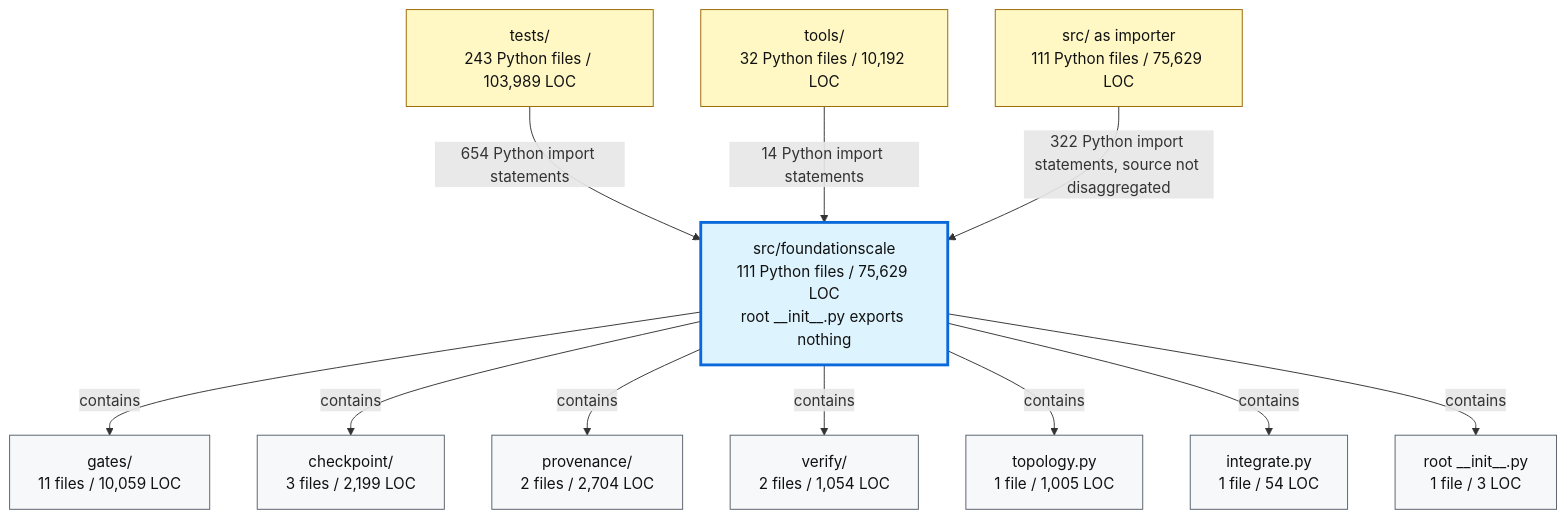
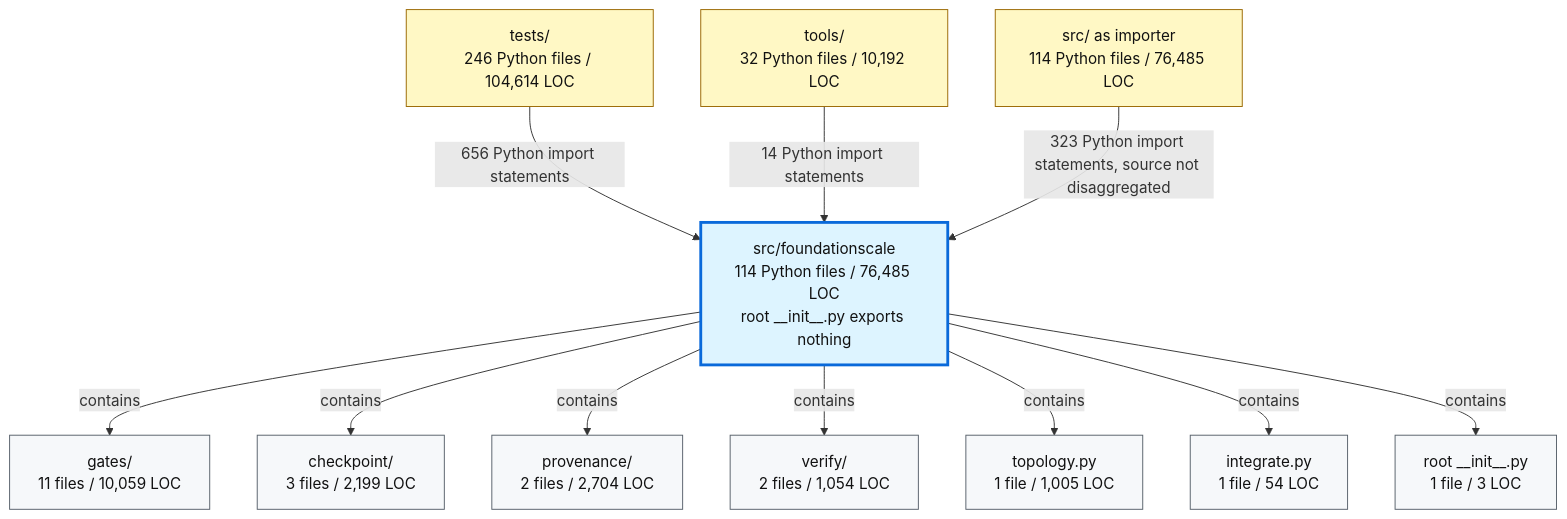
Before and after one commit to TranNhiem/FoundationScale: the second of 2 diagrams in docs/review/D2_current_architecture.md, drawn with Mermaid. The commit also changed other lines of this file and 20 other files, not shown here.

````diff
--- a/docs/review/D2_current_architecture.md
+++ b/docs/review/D2_current_architecture.md
@@ -97,36 +97,36 @@
 ```mermaid
 flowchart TB
-  TESTS["tests/<br/>243 Python files / 103,989 LOC"]
+  TESTS["tests/<br/>246 Python files / 104,614 LOC"]
   TOOLS["tools/<br/>32 Python files / 10,192 LOC"]
-  SRC["src/ as importer<br/>111 Python files / 75,629 LOC"]
+  SRC["src/ as importer<br/>114 Python files / 76,485 LOC"]
 
-  FS["src/foundationscale<br/>111 Python files / 75,629 LOC<br/>root __init__.py exports nothing"]
+  FS["src/foundationscale<br/>114 Python files / 76,485 LOC<br/>root __init__.py exports nothing"]
 
   GATES["gates/<br/>11 files / 10,059 LOC"]
   CKPT["checkpoint/<br/>3 files / 2,199 LOC"]
   PROV["provenance/<br/>2 files / 2,704 LOC"]
   VERIFY["verify/<br/>2 files / 1,054 LOC"]
   TOPO["topology.py<br/>1 file / 1,005 LOC"]
   INTEG["integrate.py<br/>1 file / 54 LOC"]
   ROOT["root __init__.py<br/>1 file / 3 LOC"]
 
-  TESTS -->|"654 Python import statements"| FS
+  TESTS -->|"656 Python import statements"| FS
   TOOLS -->|"14 Python import statements"| FS
-  SRC -->|"322 Python import statements, source not disaggregated"| FS
+  SRC -->|"323 Python import statements, source not disaggregated"| FS
 
   FS -->|"contains"| GATES
   FS -->|"contains"| CKPT
   FS -->|"contains"| PROV
   FS -->|"contains"| VERIFY
   FS -->|"contains"| TOPO
   FS -->|"contains"| INTEG
   FS -->|"contains"| ROOT
 
   classDef consumer fill:#fff8c5,stroke:#9a6700,color:#111;
   classDef package fill:#ddf4ff,stroke:#0969da,stroke-width:3px,color:#111;
   classDef module fill:#f6f8fa,stroke:#57606a,color:#111;
 
   class TESTS,TOOLS,SRC consumer;
   class FS package;
   class GATES,CKPT,PROV,VERIFY,TOPO,INTEG,ROOT module;
 ```
````
